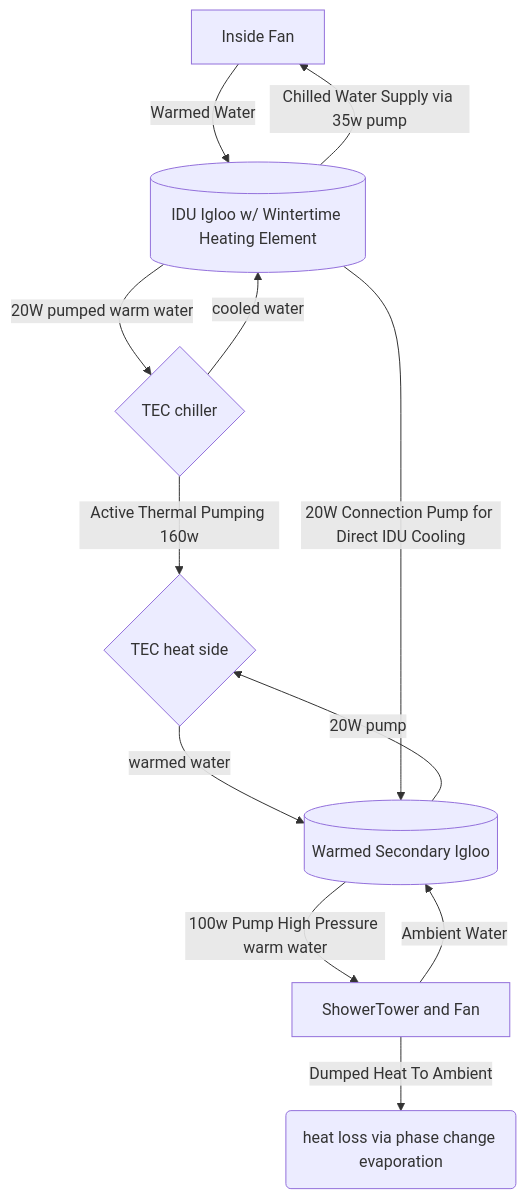
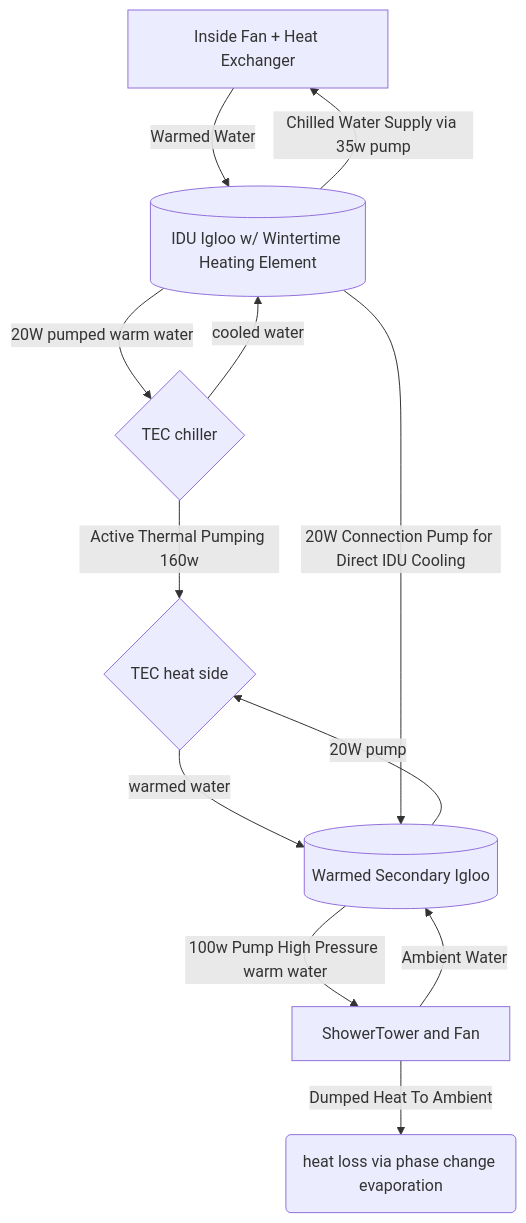
The diagram in src/cooling/readme.md (ericdmoore/casitaAzul), drawn with Mermaid before and after one commit.

Commit message:
diagram updates.16

````diff
--- a/src/cooling/readme.md
+++ b/src/cooling/readme.md
@@ -36,15 +36,15 @@
 ```mermaid
 flowchart TD
-   IDU[Inside Fan] -->|Warmed Water| IDUtub[(IDU Igloo w/ Wintertime Heating Element)]
+   IDU[Inside Fan + Heat Exchanger] -->|Warmed Water| IDUtub[(IDU Igloo w/ Wintertime Heating Element)]
    IDUtub -->|Chilled Water Supply via 35w pump| IDU
    IDUtub -->|20W pumped warm water | TECcold{TEC chiller}
    TECcold --> |cooled water| IDUtub
    TECcold --> |Active Thermal Pumping 160w| TEChot{TEC heat side}
    ODUtub[(Warmed Secondary Igloo)] -->|20W pump| TEChot
    TEChot -->|warmed water| ODUtub
    ODUtub --> |100w Pump High Pressure warm water| ShowerTower[ShowerTower and Fan]
    ShowerTower --> |Ambient Water| ODUtub
    ShowerTower --> |Dumped Heat To Ambient| air(heat loss via phase change evaporation)
 
    IDUtub -->|20W Connection Pump for Direct IDU Cooling| ODUtub
 ```
````
